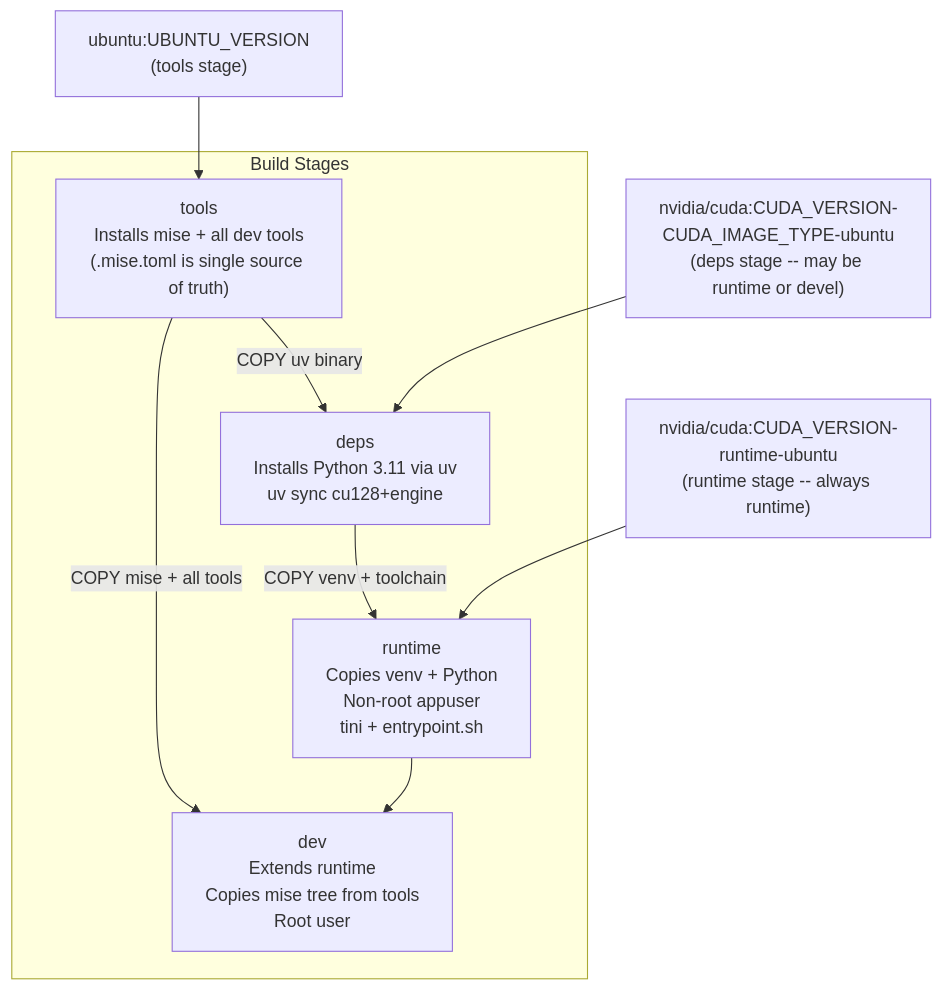
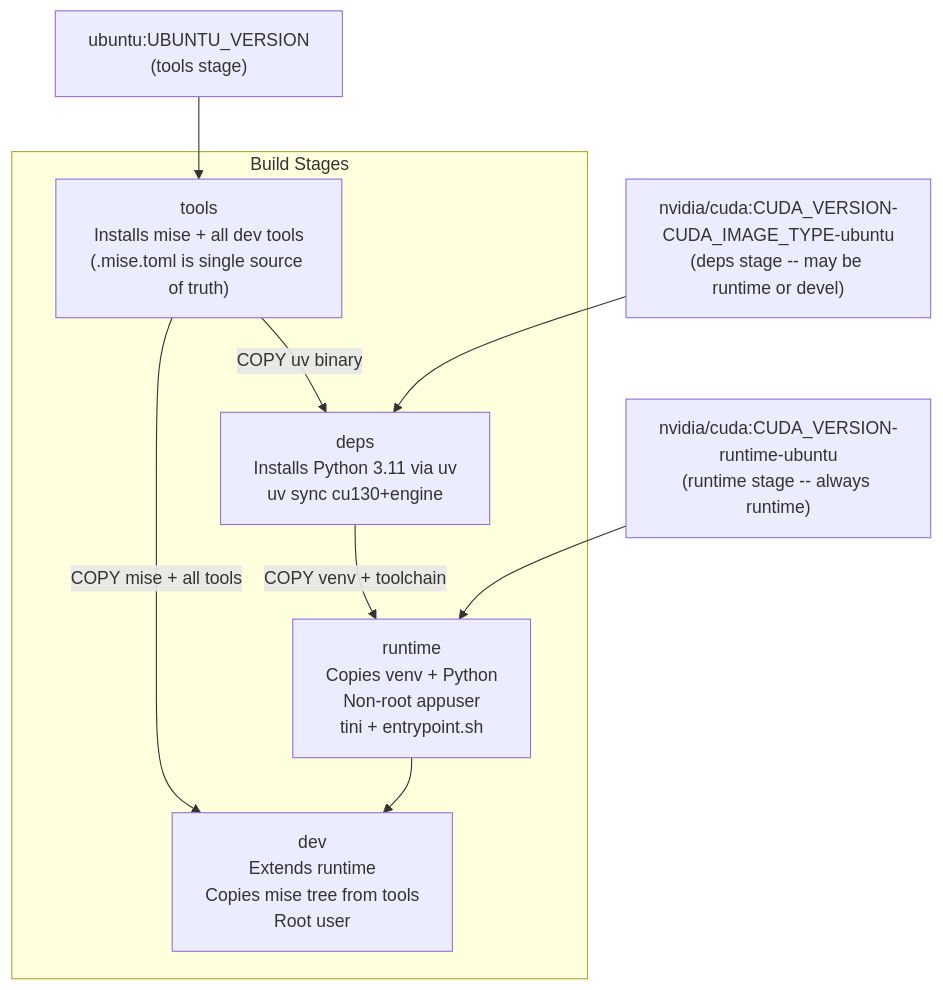
The diagram in docs/developer-guide/docker.md (NVIDIA-NeMo/Safe-Synthesizer), drawn with Mermaid before and after one commit. The commit also changed other lines of this file and 22 other files, not shown here.

````diff
--- a/docs/developer-guide/docker.md
+++ b/docs/developer-guide/docker.md
@@ -19,21 +19,21 @@
 ```mermaid
 flowchart TD
     ubuntuBase["ubuntu:UBUNTU_VERSION\n(tools stage)"]
     cudaBuild["nvidia/cuda:CUDA_VERSION-CUDA_IMAGE_TYPE-ubuntu\n(deps stage -- may be runtime or devel)"]
     cudaRuntime["nvidia/cuda:CUDA_VERSION-runtime-ubuntu\n(runtime stage -- always runtime)"]
 
     subgraph stages [Build Stages]
         tools["tools\nInstalls mise + all dev tools\n(.mise.toml is single source of truth)"]
-        deps["deps\nInstalls Python 3.11 via uv\nuv sync cu128+engine"]
+        deps["deps\nInstalls Python 3.11 via uv\nuv sync cu130+engine"]
         runtime["runtime\nCopies venv + Python\nNon-root appuser\ntini + entrypoint.sh"]
         dev["dev\nExtends runtime\nCopies mise tree from tools\nRoot user"]
     end
 
     ubuntuBase --> tools
     tools -->|"COPY uv binary"| deps
     cudaBuild --> deps
     deps -->|"COPY venv + toolchain"| runtime
     cudaRuntime --> runtime
     runtime --> dev
     tools -->|"COPY mise + all tools"| dev
 ```
````
